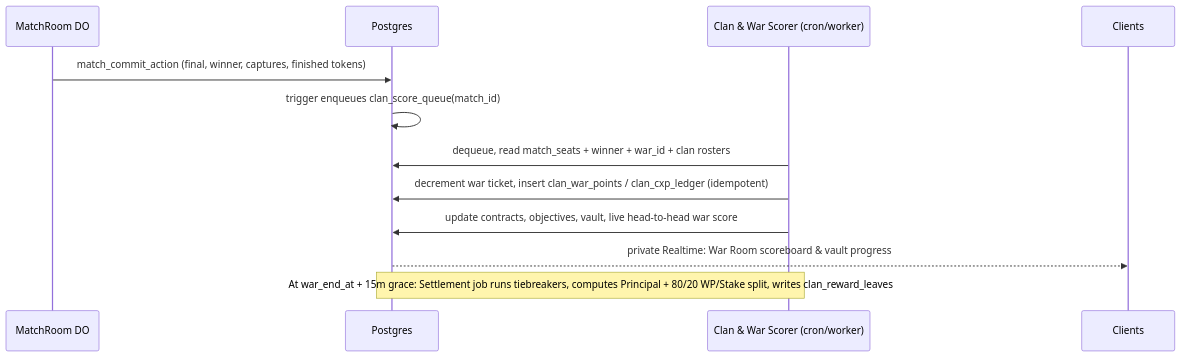
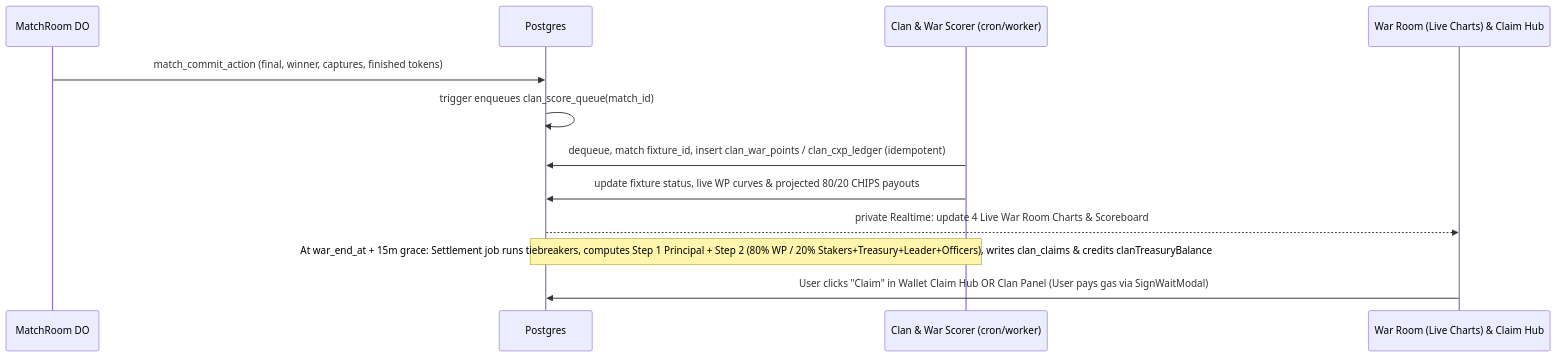
Before and after one commit to mrongSubho/ludo-base: the tenth of 10 diagrams in docs/planning/CLAN_SYSTEM_PLAN.md, drawn with Mermaid. The commit also changed other lines of this file, not shown here.

Commit message:
docs(planning): war fixtures (3N matrix), prep scheduling, reschedules, walkovers, pull claims, 80/20 leader splitter & clan treasury

````diff
--- a/docs/planning/CLAN_SYSTEM_PLAN.md
+++ b/docs/planning/CLAN_SYSTEM_PLAN.md
@@ -670,14 +885,14 @@
 ```mermaid
 sequenceDiagram
     participant Room as MatchRoom DO
     participant DB as Postgres
     participant Worker as Clan & War Scorer (cron/worker)
-    participant UI as Clients
+    participant UI as War Room (Live Charts) & Claim Hub
     Room->>DB: match_commit_action (final, winner, captures, finished tokens)
     DB->>DB: trigger enqueues clan_score_queue(match_id)
-    Worker->>DB: dequeue, read match_seats + winner + war_id + clan rosters
-    Worker->>DB: decrement war ticket, insert clan_war_points / clan_cxp_ledger (idempotent)
-    Worker->>DB: update contracts, objectives, vault, live head-to-head war score
-    DB-->>UI: private Realtime: War Room scoreboard & vault progress
-    Note over Worker,DB: At war_end_at + 15m grace: Settlement job runs tiebreakers, computes Principal + 80/20 WP/Stake split, writes clan_reward_leaves
+    Worker->>DB: dequeue, match fixture_id, insert clan_war_points / clan_cxp_ledger (idempotent)
+    Worker->>DB: update fixture status, live WP curves & projected 80/20 CHIPS payouts
+    DB-->>UI: private Realtime: update 4 Live War Room Charts & Scoreboard
+    Note over Worker,DB: At war_end_at + 15m grace: Settlement job runs tiebreakers, computes Step 1 Principal + Step 2 (80% WP / 20% Stakers+Treasury+Leader+Officers), writes clan_claims & credits clanTreasuryBalance
+    UI->>DB: User clicks "Claim" in Wallet Claim Hub OR Clan Panel (User pays gas via SignWaitModal)
 ```
````
